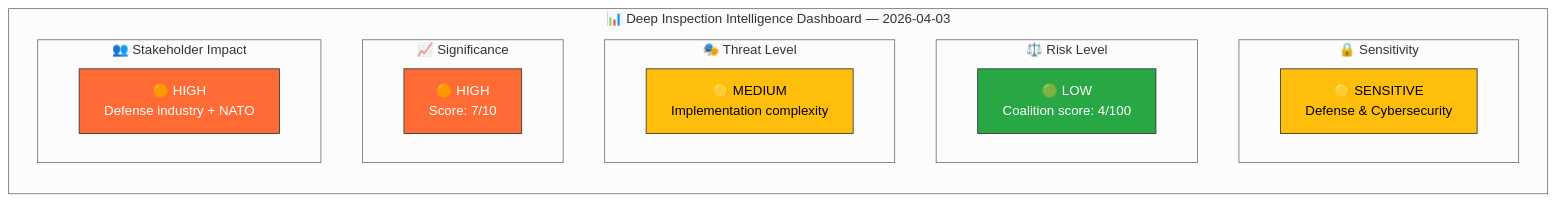
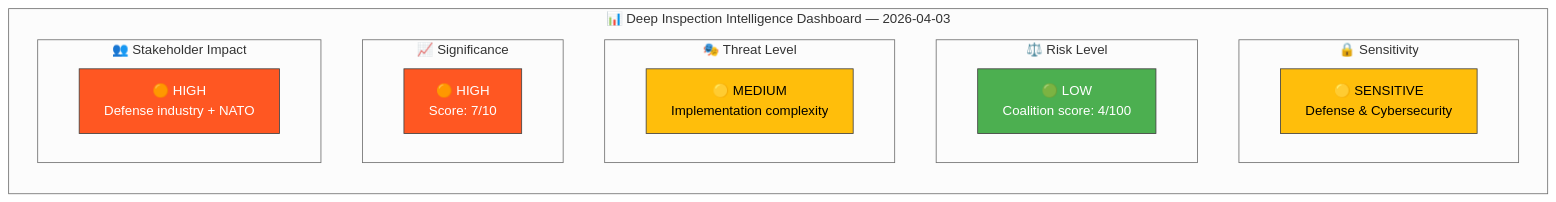
Before and after one commit to Hack23/riksdagsmonitor: the diagram in analysis/daily/2026-04-03/deep-inspection/synthesis-summary.md, drawn with Mermaid (neutral theme). The commit also changed 785 other files, not shown here.

First line of the commit message:
Normalize mermaid colors across 786 analysis artifacts to ISMS Style Guide palette

````diff
--- a/analysis/daily/2026-04-03/deep-inspection/synthesis-summary.md
+++ b/analysis/daily/2026-04-03/deep-inspection/synthesis-summary.md
@@ -19,27 +19,27 @@
 ```mermaid
 graph TD
     subgraph "📊 Deep Inspection Intelligence Dashboard — 2026-04-03"
         direction TB
         subgraph "🔒 Sensitivity"
             SEN["🟡 SENSITIVE<br/>Defense & Cybersecurity"]
         end
         subgraph "⚖️ Risk Level"
             RSK["🟢 LOW<br/>Coalition score: 4/100"]
         end
         subgraph "🎭 Threat Level"
             THR["🟡 MEDIUM<br/>Implementation complexity"]
         end
         subgraph "📈 Significance"
             SIG["🟠 HIGH<br/>Score: 7/10"]
         end
         subgraph "👥 Stakeholder Impact"
             STK["🟠 HIGH<br/>Defense industry + NATO"]
         end
     end
 
-    style SEN fill:#ffbe0b,stroke:#333,color:#000
-    style RSK fill:#28a745,stroke:#333,color:#fff
-    style THR fill:#ffbe0b,stroke:#333,color:#000
-    style SIG fill:#ff6b35,stroke:#333,color:#fff
-    style STK fill:#ff6b35,stroke:#333,color:#fff
+    style SEN fill:#ffbe0b,stroke:#424242,color:#000000
+    style RSK fill:#4CAF50,stroke:#424242,color:#FFFFFF
+    style THR fill:#ffbe0b,stroke:#424242,color:#000000
+    style SIG fill:#FF5722,stroke:#424242,color:#FFFFFF
+    style STK fill:#FF5722,stroke:#424242,color:#FFFFFF
 ```
````
